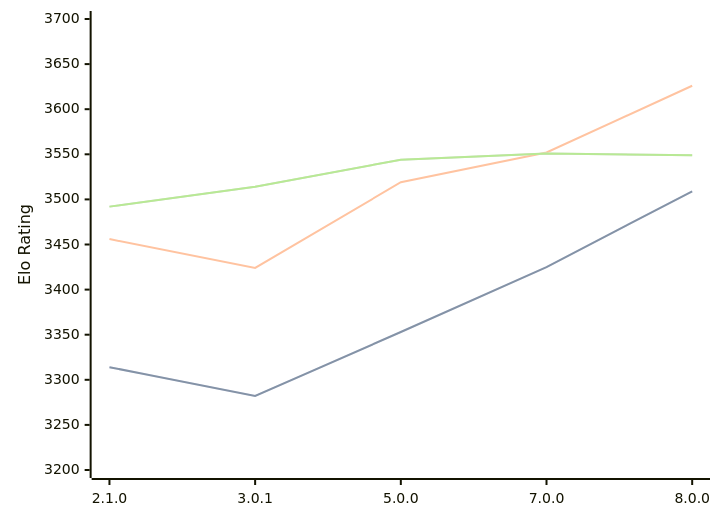
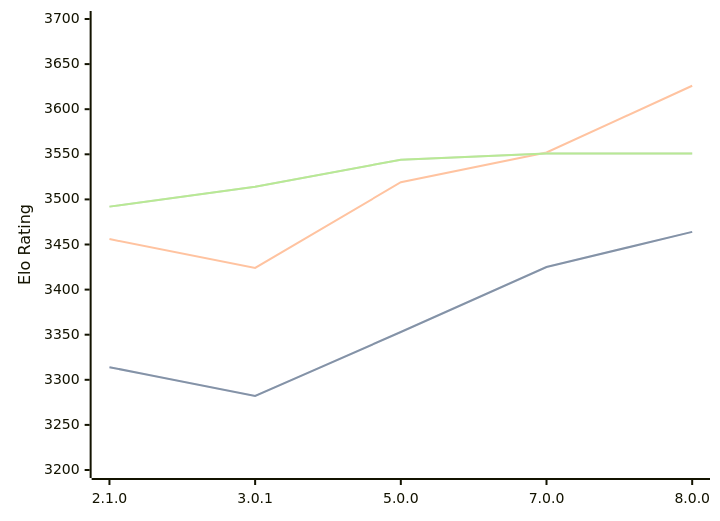
One commit to computer-chess-index/cci changed the third of 3 diagrams in engines/PlentyChess.md. Above: the diagram before and after it, drawn with Mermaid. The commit also changed other lines of this file, not shown here.

Commit message:
Update CCI Ratings (ELO VLTC) - 2026-07-04

````diff
--- a/engines/PlentyChess.md
+++ b/engines/PlentyChess.md
@@ -79,11 +79,11 @@
 ```mermaid
 %%{init: {"theme":"base","themeVariables":{"seriesColors:['#a3a3a3','#222221','#faa371']}}}%%
 xychart-beta
   x-axis ["2.1.0", "3.0.1", "5.0.0", "7.0.0", "8.0.0"]
   y-axis "Elo Rating" 3200 --> 3700
-  line "STC (8.0+0.08s)" [3314, 3282, 3353, 3425, 3509]
-  line "STC (8.0+0.08s)" [3314, 3282, 3353, 3425, 3509]
+  line "STC (8.0+0.08s)" [3314, 3282, 3353, 3425, 3464]
+  line "STC (8.0+0.08s)" [3314, 3282, 3353, 3425, 3464]
   line "LTC (60.0+0.60s)" [3456, 3424, 3519, 3552, 3626]
-  line "VLTC (2m24s+1.12s)" [3492, 3514, 3544, 3551, 3549]
-  line "VLTC (2m24s+1.12s)" [3492, 3514, 3544, 3551, 3549]
+  line "VLTC (2m24s+1.12s)" [3492, 3514, 3544, 3551, 3551]
+  line "VLTC (2m24s+1.12s)" [3492, 3514, 3544, 3551, 3551]
 ```
````
